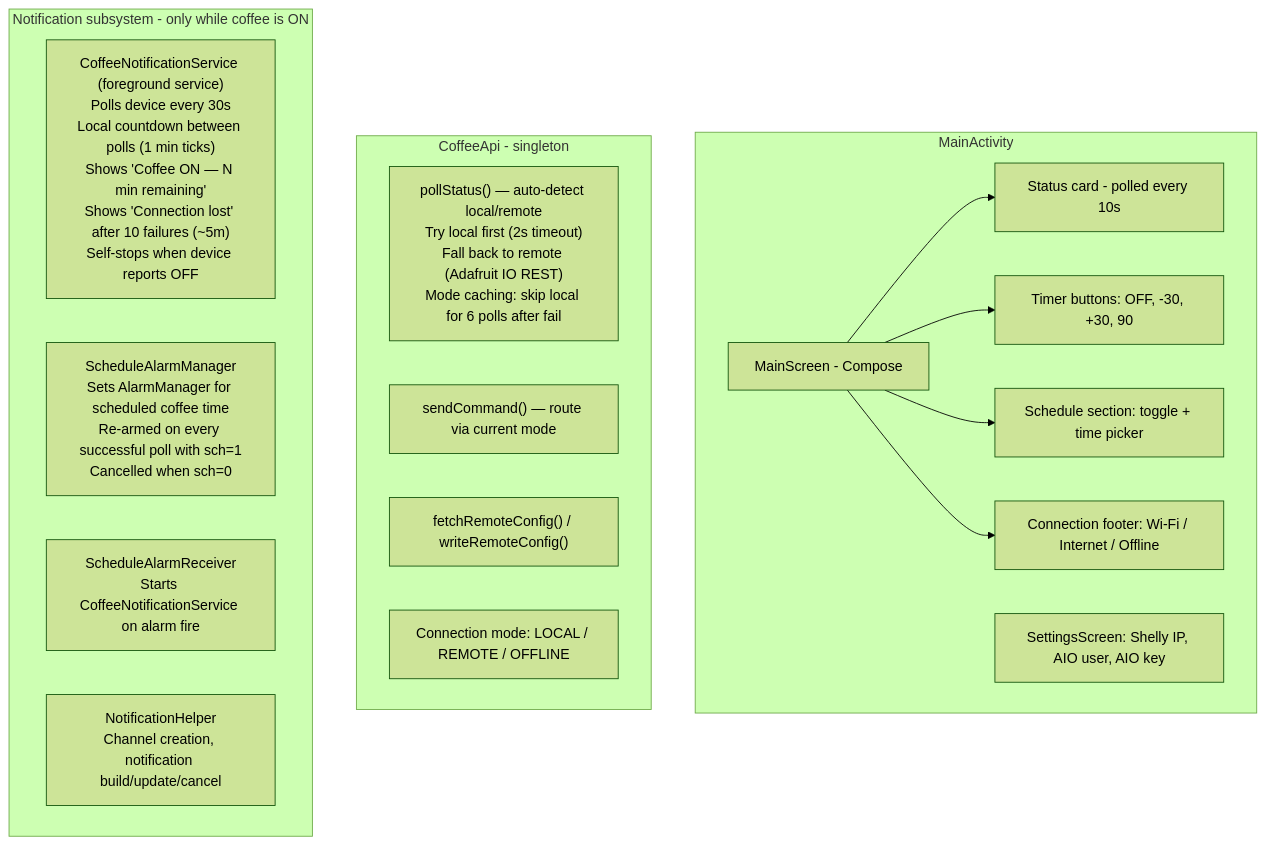
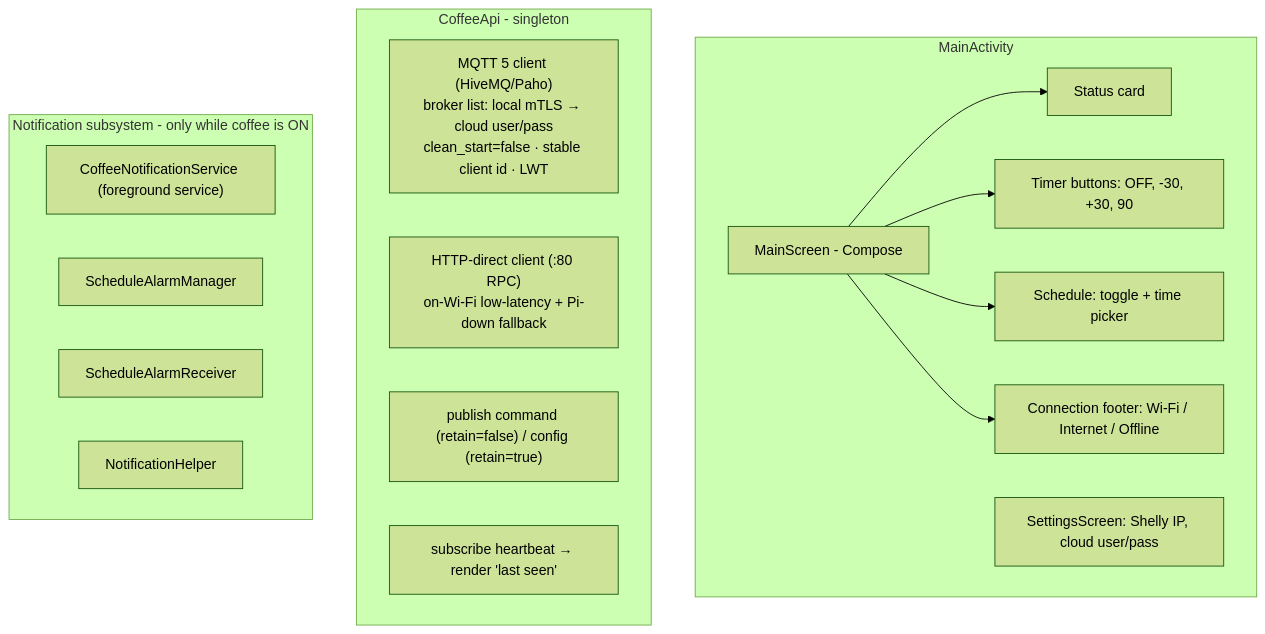
Before and after one commit to Laffs2k5/shelly-coffee-timer: the eighth of 9 diagrams in docs/ARCHITECTURE.md, drawn with Mermaid (forest theme). The commit also changed other lines of this file and 36 other files, not shown here.

First line of the commit message:
feat: v2 — local MQTT broker + cloud bridge + connectivity watchdog

````diff
--- a/docs/ARCHITECTURE.md
+++ b/docs/ARCHITECTURE.md
@@ -130,25 +236,25 @@
 ```mermaid
 graph TD
     subgraph MainActivity
         MS[MainScreen - Compose]
-        MS --> SC[Status card - polled every 10s]
-        MS --> TB[Timer buttons: OFF, -30, +30, 90]
-        MS --> SS[Schedule section: toggle + time picker]
-        MS --> CF[Connection footer: Wi-Fi / Internet / Offline]
-        Settings[SettingsScreen: Shelly IP, AIO user, AIO key]
+        MS --> SC[Status card]
+        MS --> TB["Timer buttons: OFF, -30, +30, 90"]
+        MS --> SS[Schedule: toggle + time picker]
+        MS --> CF["Connection footer: Wi-Fi / Internet / Offline"]
+        Settings["SettingsScreen: Shelly IP, cloud user/pass"]
     end
 
     subgraph CoffeeApi [CoffeeApi - singleton]
-        Poll["pollStatus() — auto-detect local/remote<br/>Try local first (2s timeout)<br/>Fall back to remote (Adafruit IO REST)<br/>Mode caching: skip local for 6 polls after fail"]
-        Send["sendCommand() — route via current mode"]
-        Config["fetchRemoteConfig() / writeRemoteConfig()"]
-        Mode["Connection mode: LOCAL / REMOTE / OFFLINE"]
+        MqttC["MQTT 5 client (HiveMQ/Paho)<br/>broker list: local mTLS → cloud user/pass<br/>clean_start=false · stable client id · LWT"]
+        HttpD["HTTP-direct client (:80 RPC)<br/>on-Wi-Fi low-latency + Pi-down fallback"]
+        Pub["publish command (retain=false) / config (retain=true)"]
+        Sub["subscribe heartbeat → render 'last seen'"]
     end
 
     subgraph Notification [Notification subsystem - only while coffee is ON]
-        CNS["CoffeeNotificationService (foreground service)<br/>Polls device every 30s<br/>Local countdown between polls (1 min ticks)<br/>Shows 'Coffee ON — N min remaining'<br/>Shows 'Connection lost' after 10 failures (~5m)<br/>Self-stops when device reports OFF"]
-        SAM["ScheduleAlarmManager<br/>Sets AlarmManager for scheduled coffee time<br/>Re-armed on every successful poll with sch=1<br/>Cancelled when sch=0"]
-        SAR["ScheduleAlarmReceiver<br/>Starts CoffeeNotificationService on alarm fire"]
-        NH["NotificationHelper<br/>Channel creation, notification build/update/cancel"]
+        CNS["CoffeeNotificationService (foreground service)"]
+        SAM["ScheduleAlarmManager"]
+        SAR["ScheduleAlarmReceiver"]
+        NH["NotificationHelper"]
     end
 ```
````
